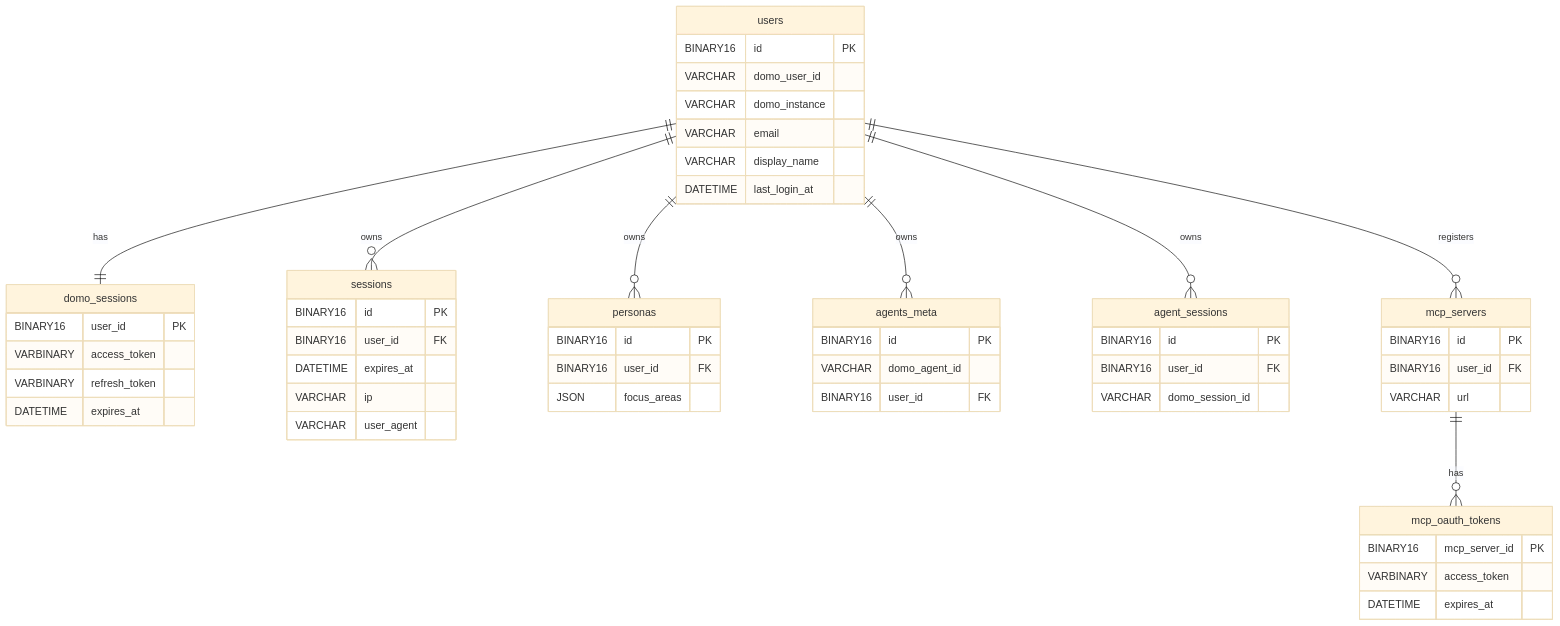
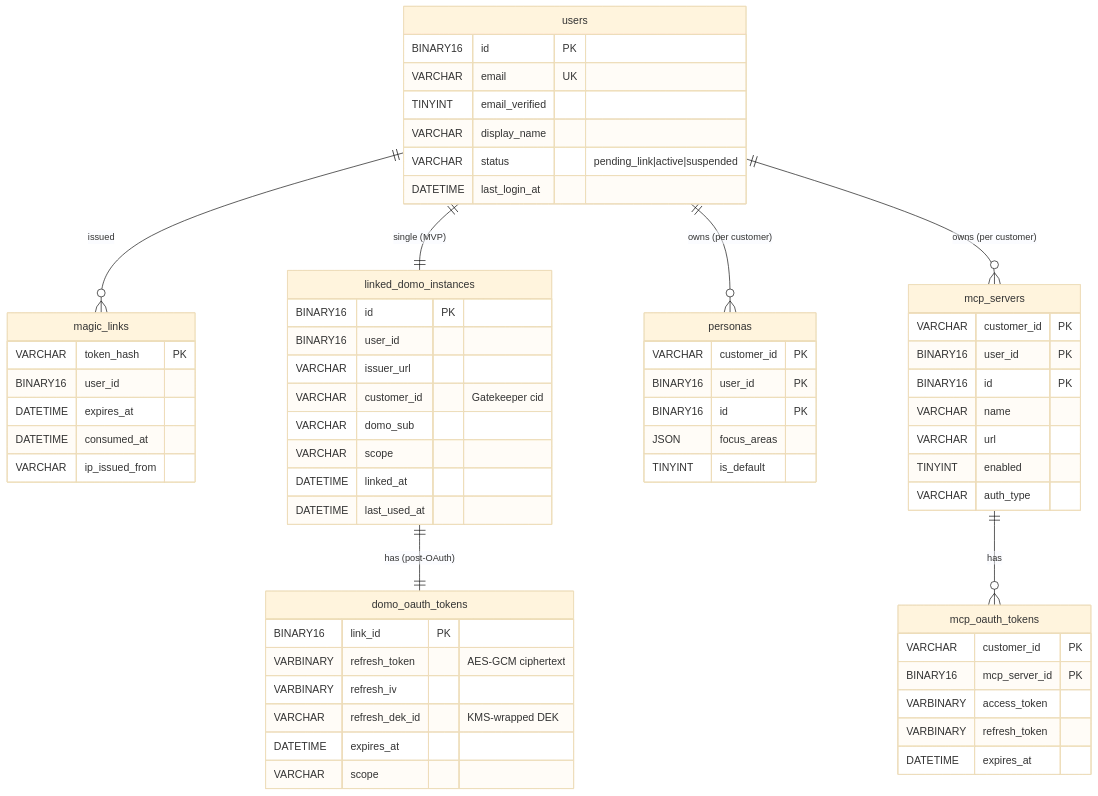
Before and after one commit to emmetuft/huckleberry-server: the third of 3 diagrams in docs/diagrams/aurora-integration.md, drawn with Mermaid (base theme). The commit also changed other lines of this file and 26 other files, not shown here.

````diff
--- a/docs/diagrams/aurora-integration.md
+++ b/docs/diagrams/aurora-integration.md
@@ -162,57 +147,66 @@
 ```mermaid
 erDiagram
-    users ||--|| domo_sessions : "has"
-    users ||--o{ sessions : "owns"
-    users ||--o{ personas : "owns"
-    users ||--o{ agents_meta : "owns"
-    users ||--o{ agent_sessions : "owns"
-    users ||--o{ mcp_servers : "registers"
+    users ||--o{ magic_links : "issued"
+    users ||--|| linked_domo_instances : "single (MVP)"
+    linked_domo_instances ||--|| domo_oauth_tokens : "has (post-OAuth)"
+    users ||--o{ personas : "owns (per customer)"
+    users ||--o{ mcp_servers : "owns (per customer)"
     mcp_servers ||--o{ mcp_oauth_tokens : "has"
 
     users {
         BINARY16 id PK
-        VARCHAR domo_user_id
-        VARCHAR domo_instance
-        VARCHAR email
+        VARCHAR email UK
+        TINYINT email_verified
         VARCHAR display_name
+        VARCHAR status "pending_link|active|suspended"
         DATETIME last_login_at
     }
-    domo_sessions {
+    magic_links {
+        VARCHAR token_hash PK
+        BINARY16 user_id
+        DATETIME expires_at
+        DATETIME consumed_at
+        VARCHAR ip_issued_from
+    }
+    linked_domo_instances {
+        BINARY16 id PK
+        BINARY16 user_id
+        VARCHAR issuer_url
+        VARCHAR customer_id "Gatekeeper cid"
+        VARCHAR domo_sub
+        VARCHAR scope
+        DATETIME linked_at
+        DATETIME last_used_at
+    }
+    domo_oauth_tokens {
+        BINARY16 link_id PK
+        VARBINARY refresh_token "AES-GCM ciphertext"
+        VARBINARY refresh_iv
+        VARCHAR refresh_dek_id "KMS-wrapped DEK"
+        DATETIME expires_at
+        VARCHAR scope
+    }
+    personas {
+        VARCHAR customer_id PK
         BINARY16 user_id PK
+        BINARY16 id PK
+        JSON focus_areas
+        TINYINT is_default
+    }
+    mcp_servers {
+        VARCHAR customer_id PK
+        BINARY16 user_id PK
+        BINARY16 id PK
+        VARCHAR name
+        VARCHAR url
+        TINYINT enabled
+        VARCHAR auth_type
+    }
+    mcp_oauth_tokens {
+        VARCHAR customer_id PK
+        BINARY16 mcp_server_id PK
         VARBINARY access_token
         VARBINARY refresh_token
         DATETIME expires_at
     }
-    sessions {
-        BINARY16 id PK
-        BINARY16 user_id FK
-        DATETIME expires_at
-        VARCHAR ip
-        VARCHAR user_agent
-    }
-    personas {
-        BINARY16 id PK
-        BINARY16 user_id FK
-        JSON focus_areas
-    }
-    agents_meta {
-        BINARY16 id PK
-        VARCHAR domo_agent_id
-        BINARY16 user_id FK
-    }
-    agent_sessions {
-        BINARY16 id PK
-        BINARY16 user_id FK
-        VARCHAR domo_session_id
-    }
-    mcp_servers {
-        BINARY16 id PK
-        BINARY16 user_id FK
-        VARCHAR url
-    }
-    mcp_oauth_tokens {
-        BINARY16 mcp_server_id PK
-        VARBINARY access_token
-        DATETIME expires_at
-    }
 ```
````
